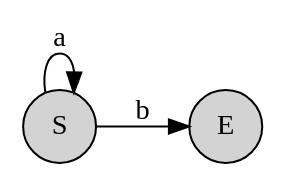
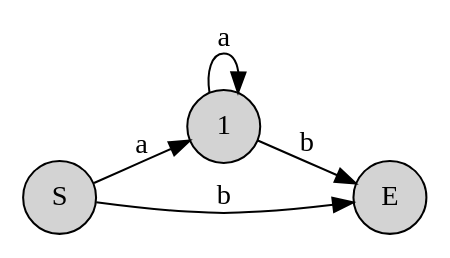
Before and after one commit to illusory0x0/containers.mbt: the diagram in automaton/__snapshot__/dfa_minimize_repeat.dot, drawn with Graphviz. The commit also changed 5 other files, not shown here.

```diff
--- a/automaton/__snapshot__/dfa_minimize_repeat.dot
+++ b/automaton/__snapshot__/dfa_minimize_repeat.dot
@@ -1,9 +1,12 @@
 
 digraph {
 rankdir=LR;
 node [shape = circle; style = filled;];
-0->0[label="a"];
-0->1[label="b"];
+0->1[label="a"];
+0->2[label="b"];
+1->1[label="a"];
+1->2[label="b"];
 0 [label="S";]
-1 [label="E";]
+1 [label="1";]
+2 [label="E";]
 }
```
